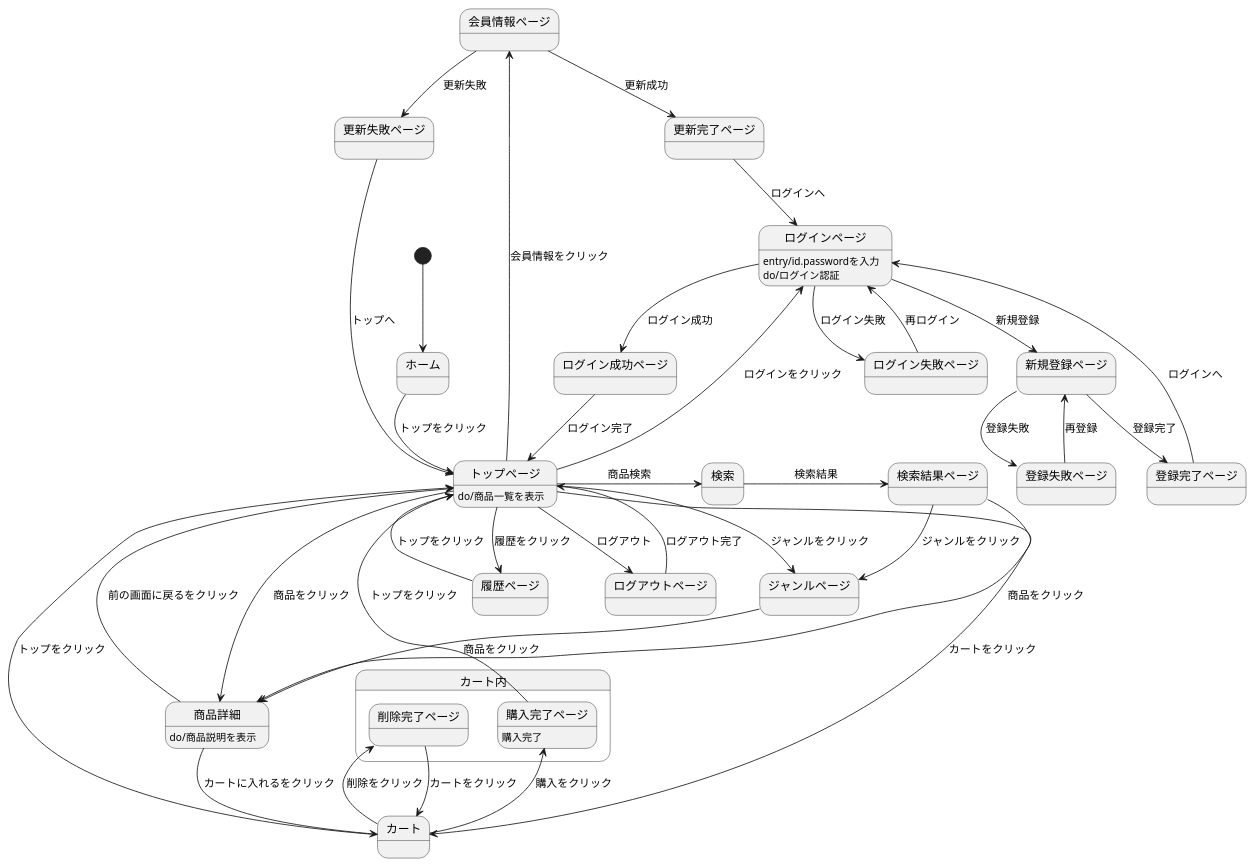
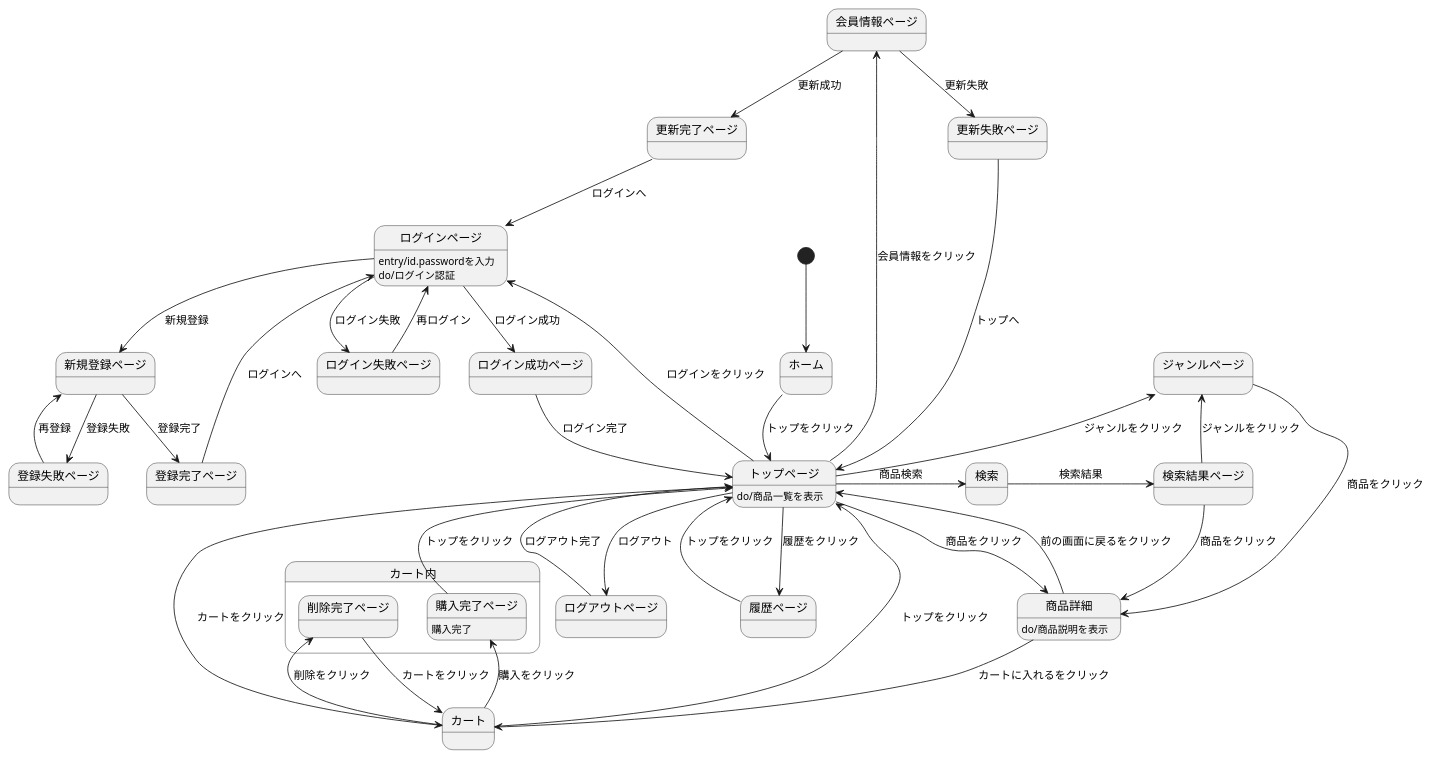
The diagram in ECサイト/画面遷移図.md (Aso2001142/2021sys-design), drawn with PlantUML before and after one commit.

````diff
--- a/ECサイト/画面遷移図.md
+++ b/ECサイト/画面遷移図.md
@@ -1,57 +1,57 @@
 ```uml
 @startuml
 [*] --> ホーム
 ホーム --> トップページ : トップをクリック
 トップページ : do/商品一覧を表示
 
 トップページ -left-> ログインページ : ログインをクリック
 ログインページ : entry/id.passwordを入力
 ログインページ : do/ログイン認証
 ログインページ --> ログイン成功ページ : ログイン成功
 ログイン成功ページ --> トップページ : ログイン完了
 ログインページ --> ログイン失敗ページ : ログイン失敗
 ログイン失敗ページ -left-> ログインページ : 再ログイン
 
 ログインページ --> 新規登録ページ : 新規登録
 新規登録ページ --> 登録完了ページ : 登録完了
 登録完了ページ --> ログインページ : ログインへ
 新規登録ページ --> 登録失敗ページ : 登録失敗
 登録失敗ページ --> 新規登録ページ : 再登録
 
 トップページ -> 検索 : 商品検索
 検索 -> 検索結果ページ : 検索結果
 検索結果ページ --> ジャンルページ : ジャンルをクリック
 検索結果ページ --> 商品詳細 : 商品をクリック
 
 トップページ -> 商品詳細 : 商品をクリック
 トップページ --> カート : カートをクリック
 
 トップページ --> ログアウトページ : ログアウト
 ログアウトページ --> トップページ : ログアウト完了
 
 トップページ --> 履歴ページ : 履歴をクリック
 履歴ページ --> トップページ : トップをクリック
 
 トップページ -left-> 会員情報ページ : 会員情報をクリック
 会員情報ページ --> 更新完了ページ : 更新成功
 更新完了ページ --> ログインページ : ログインへ
 会員情報ページ --> 更新失敗ページ : 更新失敗
 更新失敗ページ --> トップページ : トップへ
 
-トップページ --> ジャンルページ :  ジャンルをクリック
+トップページ -left-> ジャンルページ :  ジャンルをクリック
 ジャンルページ --> 商品詳細 : 商品をクリック
 
 商品詳細 --> カート : カートに入れるをクリック
 商品詳細 --> トップページ : 前の画面に戻るをクリック
 商品詳細 : do/商品説明を表示
 カート -up-> トップページ : トップをクリック
 
 state カート内{
 カート -> 購入完了ページ : 購入をクリック
 カート -left> 削除完了ページ : 削除をクリック
 削除完了ページ --> カート : カートをクリック
 購入完了ページ -> トップページ : トップをクリック
 購入完了ページ : 購入完了
 }
 @enduml
 ```
````
